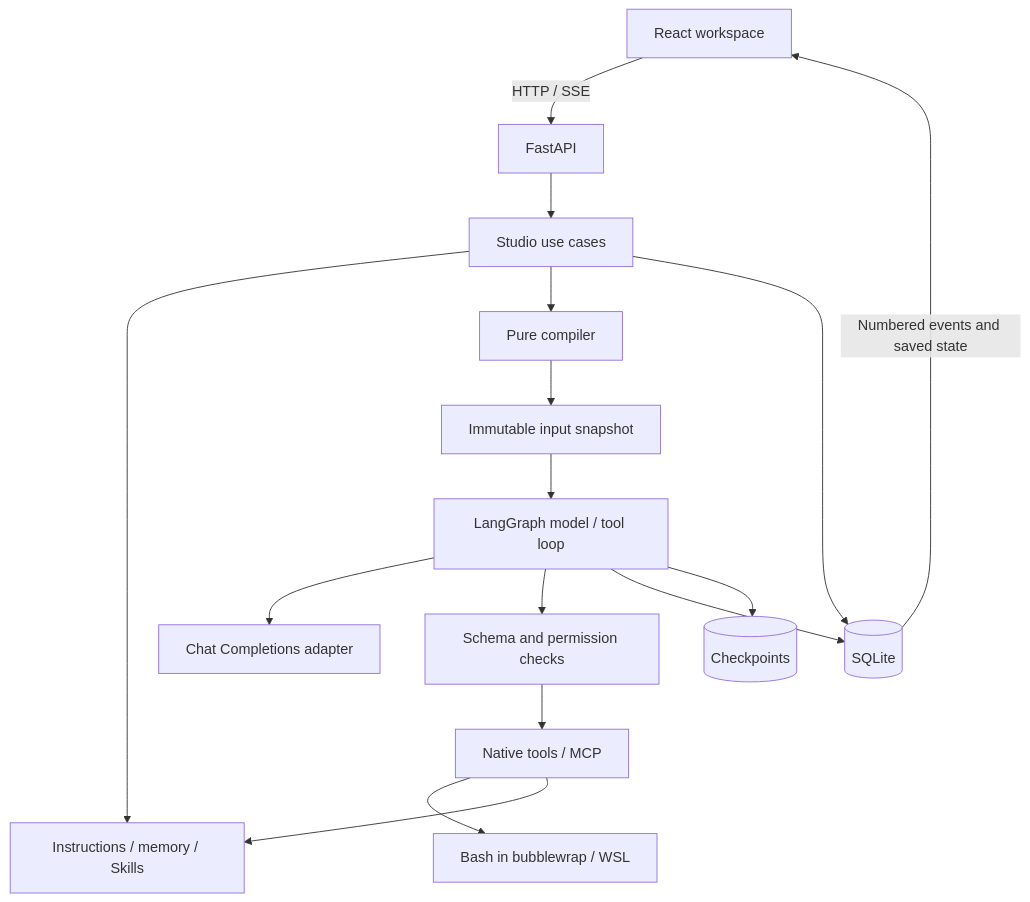
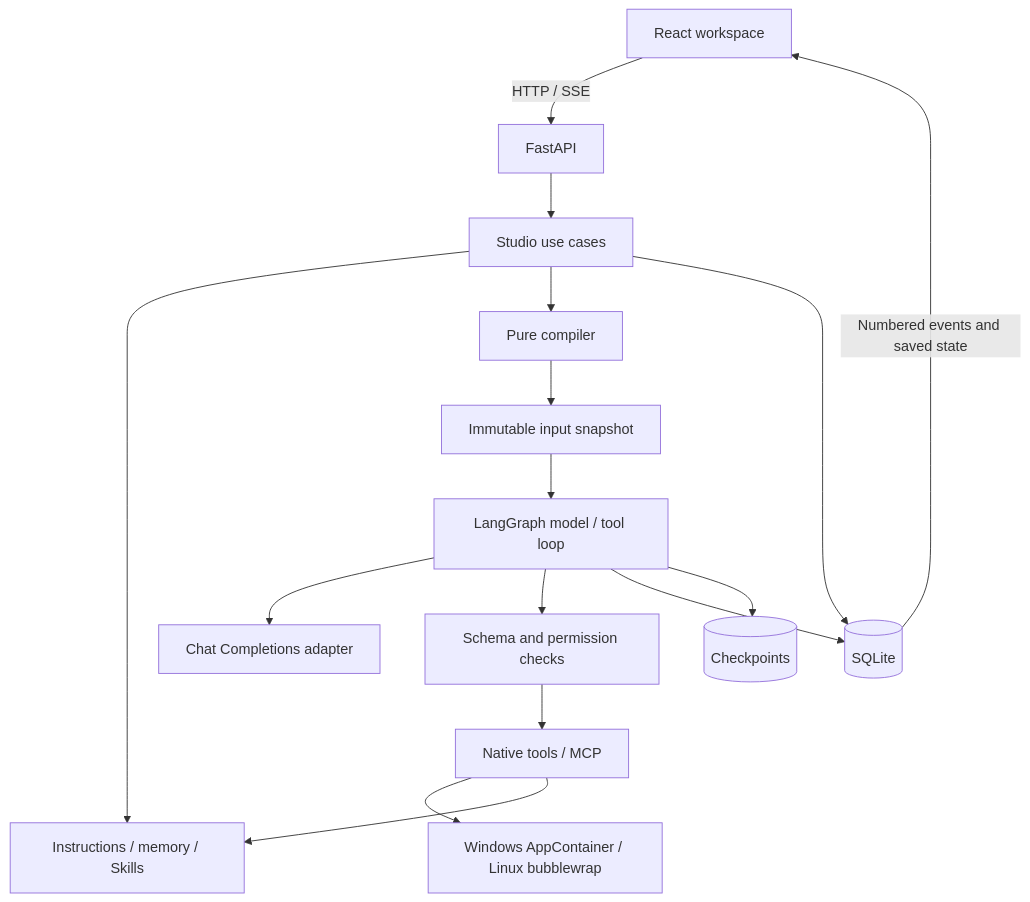
Before and after one commit to shiraha721/glassbox: the diagram in docs/architecture.md, drawn with Mermaid. The commit also changed other lines of this file and 18 other files, not shown here.

Commit message:
fix: use native Windows AppContainer sandbox

````diff
--- a/docs/architecture.md
+++ b/docs/architecture.md
@@ -9,18 +9,18 @@
 ```mermaid
 flowchart TD
     UI[React workspace] -->|HTTP / SSE| API[FastAPI]
     API --> APP[Studio use cases]
     APP --> FILES[Instructions / memory / Skills]
     APP --> COMP[Pure compiler]
     COMP --> SNAP[Immutable input snapshot]
     SNAP --> RUN[LangGraph model / tool loop]
     RUN --> MODEL[Chat Completions adapter]
     RUN --> POLICY[Schema and permission checks]
     POLICY --> TOOLS[Native tools / MCP]
-    TOOLS --> BASH[Bash in bubblewrap / WSL]
+    TOOLS --> SHELL[Windows AppContainer / Linux bubblewrap]
     TOOLS --> FILES
     APP --> DB[(SQLite)]
     RUN --> DB
     RUN --> CP[(Checkpoints)]
     DB -->|Numbered events and saved state| UI
 ```
````
